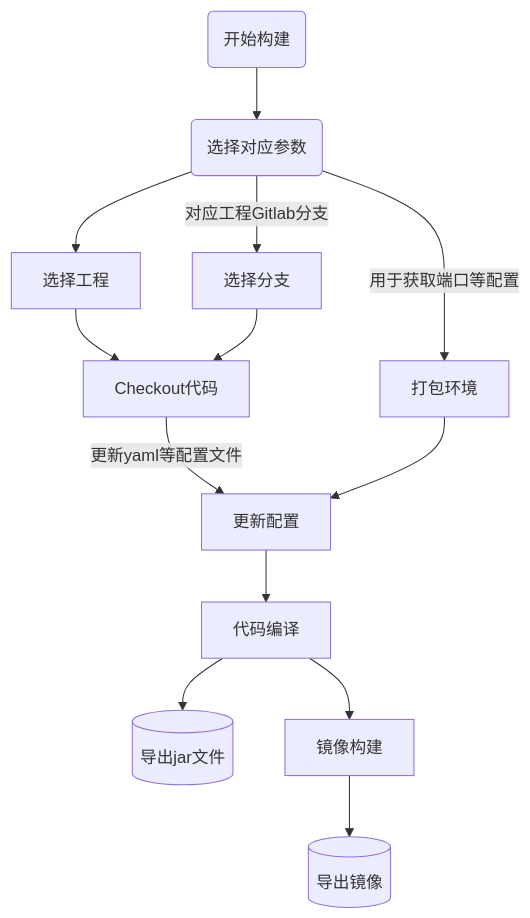
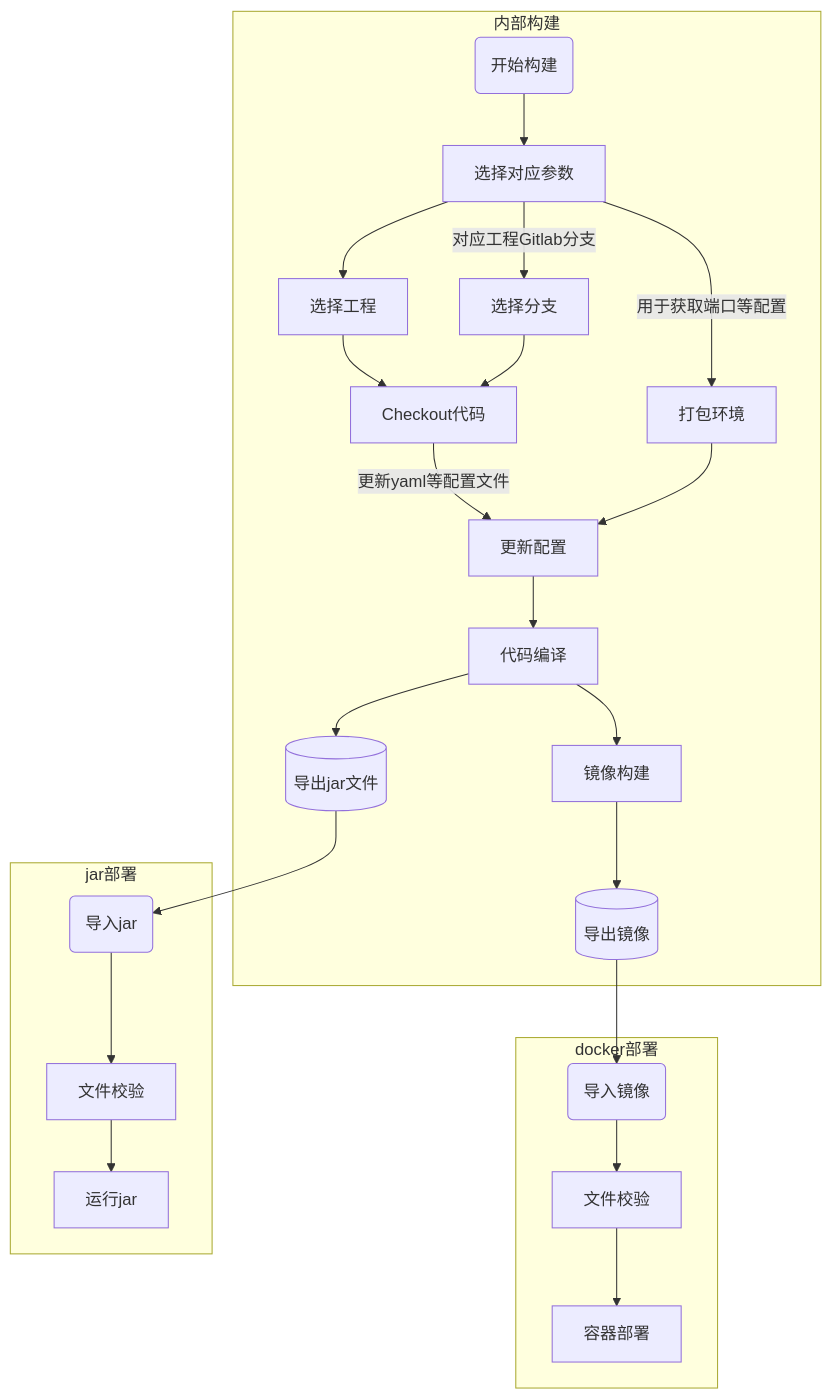
Before and after one commit to lucumt/ghblog: the diagram in content/post/devops/git-checkout-by-dynamic-repository-in-jenkins.md, drawn with Mermaid.

Commit message:
更新博文

````diff
--- a/content/post/devops/git-checkout-by-dynamic-repository-in-jenkins.md
+++ b/content/post/devops/git-checkout-by-dynamic-repository-in-jenkins.md
@@ -55,15 +55,25 @@
 ```mermaid
 flowchart TD
-    A(开始构建) -->B(选择对应参数)
-    B -->|用于获取端口等配置| C[打包环境]
-    B --> D[选择工程]
-    B -->|对应工程Gitlab分支| E[选择分支]
-    D --> F[Checkout代码]
-    E --> F
-    F --> |更新yaml等配置文件| G[更新配置]
-    C --> G
-    G --> H[代码编译]
-    H --> I[(导出jar文件)]
-    H --> J[镜像构建]
-    J --> K[(导出镜像)]
+    subgraph inner [内部构建]
+        A1(开始构建) -->A2[选择对应参数]
+        A2 -->|用于获取端口等配置| A3[打包环境]
+        A2 --> A4[选择工程]
+        A2 -->|对应工程Gitlab分支| A5[选择分支]
+        A4 --> A6[Checkout代码]
+        A5 --> A6
+        A6 --> |更新yaml等配置文件| A7[更新配置]
+        A3 --> A7
+        A7 --> A8[代码编译]
+        A8 --> A9[(导出jar文件)]
+        A8 --> A10[镜像构建]
+        A10 --> A11[(导出镜像)]
+    end
+    subgraph docker部署
+        B1(导入镜像) --> B2[文件校验] --> B3[容器部署]
+    end
+    subgraph jar部署
+        C1(导入jar) --> C2[文件校验] --> C3[运行jar]
+    end
+    A11 --> B1
+    A9 --> C1
 ```
````
